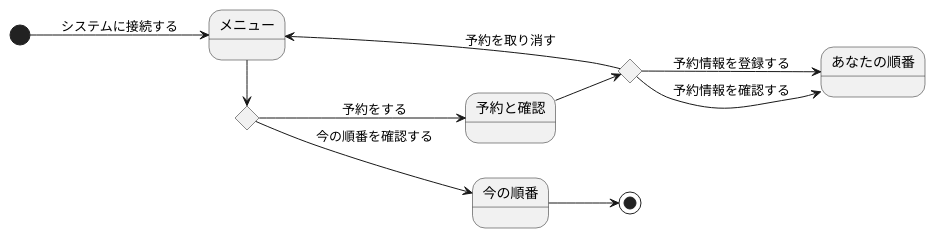
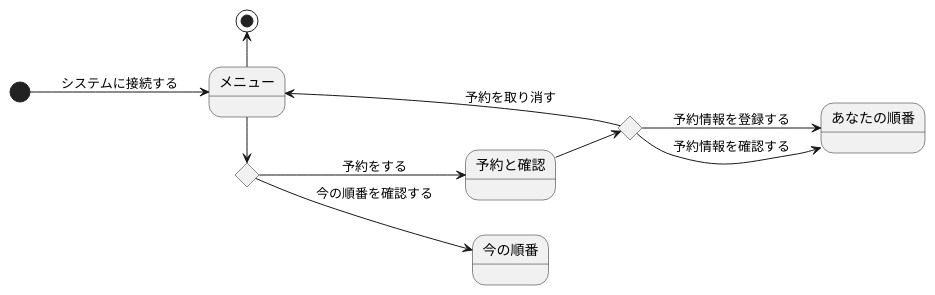
One commit to Kuya0307/unl-introduction changed the diagram in 演習６/演習6-3_ステートマシン図_診察予約システム.pu. Above: the diagram before and after it, drawn with PlantUML. The commit also changed 6 other files, not shown here.

```diff
--- a/演習６/演習6-3_ステートマシン図_診察予約システム.pu
+++ b/演習６/演習6-3_ステートマシン図_診察予約システム.pu
@@ -1,14 +1,14 @@
 @startuml ステートマシン図
 left to right direction
     state c1 <<choice>>
     state c2 <<choice>>
     メニュー -> c1
     c1 --> 予約と確認 :予約をする
     c1 --> 今の順番 :今の順番を確認する
     予約と確認 --> c2
     c2 --> あなたの順番 :予約情報を登録する
     c2 --> あなたの順番 :予約情報を確認する
     c2 -> メニュー :予約を取り消す
     [*] --> メニュー :システムに接続する
-    今の順番 --> [*]
+    メニュー -left-> [*]
 @enduml
```
